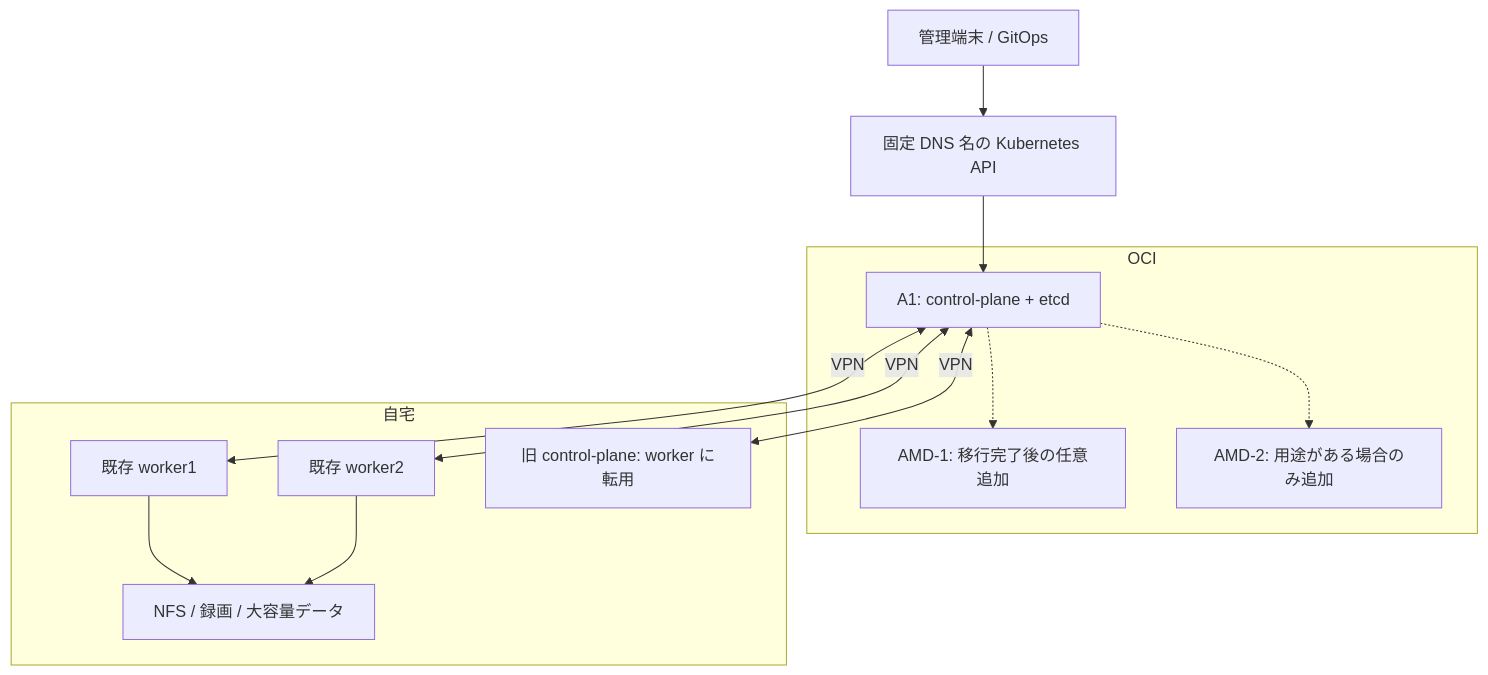
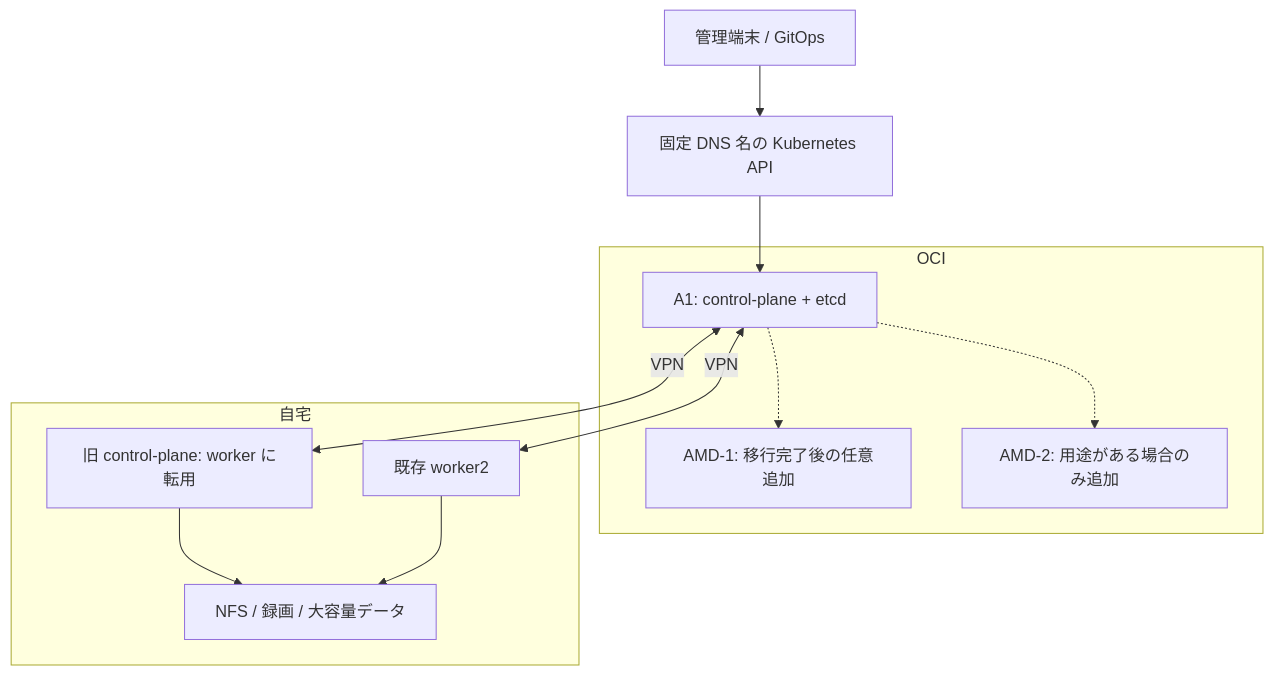
The diagram in tasks/oci-single-cluster-plan.md (home-lab-ksera/home-lab-k8s), drawn with Mermaid before and after one commit. The commit also changed other lines of this file and 18 other files, not shown here.

````diff
--- a/tasks/oci-single-cluster-plan.md
+++ b/tasks/oci-single-cluster-plan.md
@@ -51,23 +51,21 @@
 ```mermaid
 flowchart TB
   Admin[管理端末 / GitOps] --> API[固定 DNS 名の Kubernetes API]
   subgraph OCI[OCI]
     A1[A1: control-plane + etcd]
     AMD1[AMD-1: 移行完了後の任意追加]
     AMD2[AMD-2: 用途がある場合のみ追加]
   end
   subgraph Home[自宅]
-    W1[既存 worker1]
     W2[既存 worker2]
     W3[旧 control-plane: worker に転用]
     Data[NFS / 録画 / 大容量データ]
   end
   API --> A1
-  A1 <-->|VPN| W1
   A1 <-->|VPN| W2
   A1 <-->|VPN| W3
   A1 -.-> AMD1
   A1 -.-> AMD2
-  W1 --> Data
+  W3 --> Data
   W2 --> Data
 ```
````
